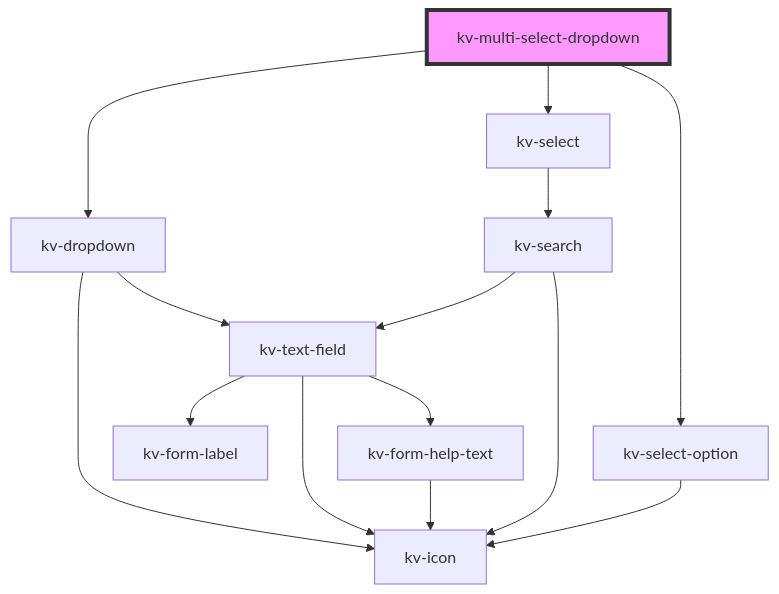
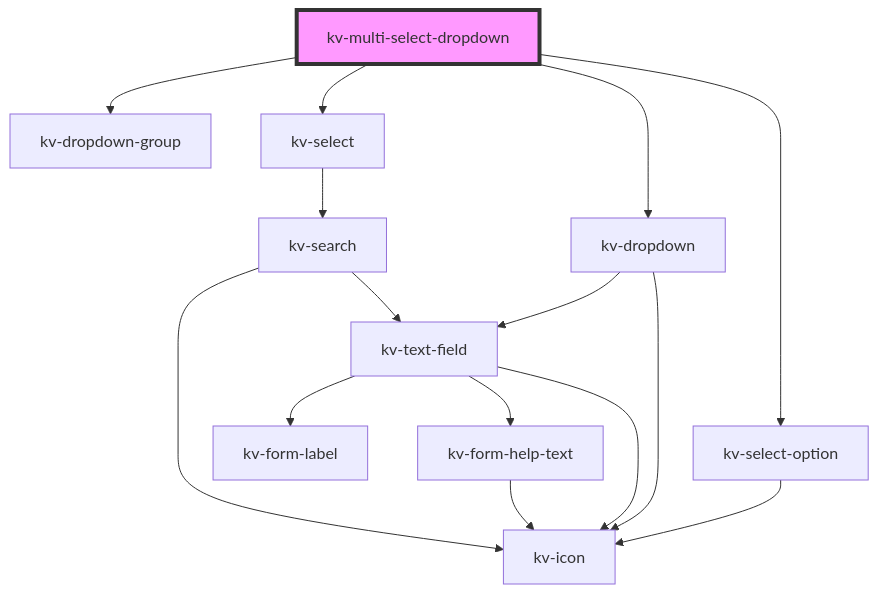
One commit to kelvininc/ui-components changed the diagram in packages/ui-components/src/components/multi-select-dropdown/readme.md. Above: the diagram before and after it, drawn with Mermaid. The commit also changed other lines of this file and 22 other files, not shown here.

First line of the commit message:
feat(dropdown-group)!: add options groups to dropdown single and multi select

````diff
--- a/packages/ui-components/src/components/multi-select-dropdown/readme.md
+++ b/packages/ui-components/src/components/multi-select-dropdown/readme.md
@@ -95,17 +96,18 @@
 ```mermaid
 graph TD;
+  kv-multi-select-dropdown --> kv-dropdown-group
+  kv-multi-select-dropdown --> kv-select-option
   kv-multi-select-dropdown --> kv-dropdown
   kv-multi-select-dropdown --> kv-select
-  kv-multi-select-dropdown --> kv-select-option
+  kv-select-option --> kv-icon
   kv-dropdown --> kv-text-field
   kv-dropdown --> kv-icon
   kv-text-field --> kv-form-label
   kv-text-field --> kv-icon
   kv-text-field --> kv-form-help-text
   kv-form-help-text --> kv-icon
   kv-select --> kv-search
   kv-search --> kv-text-field
   kv-search --> kv-icon
-  kv-select-option --> kv-icon
   style kv-multi-select-dropdown fill:#f9f,stroke:#333,stroke-width:4px
 ```
````
